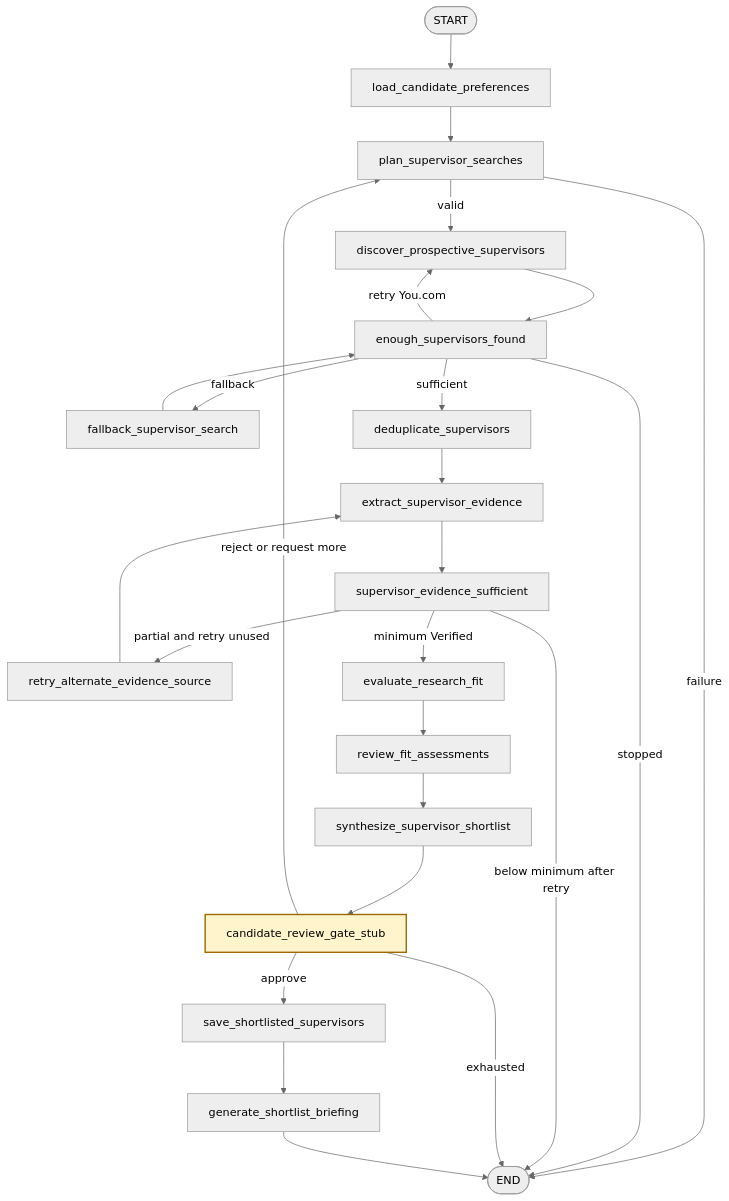
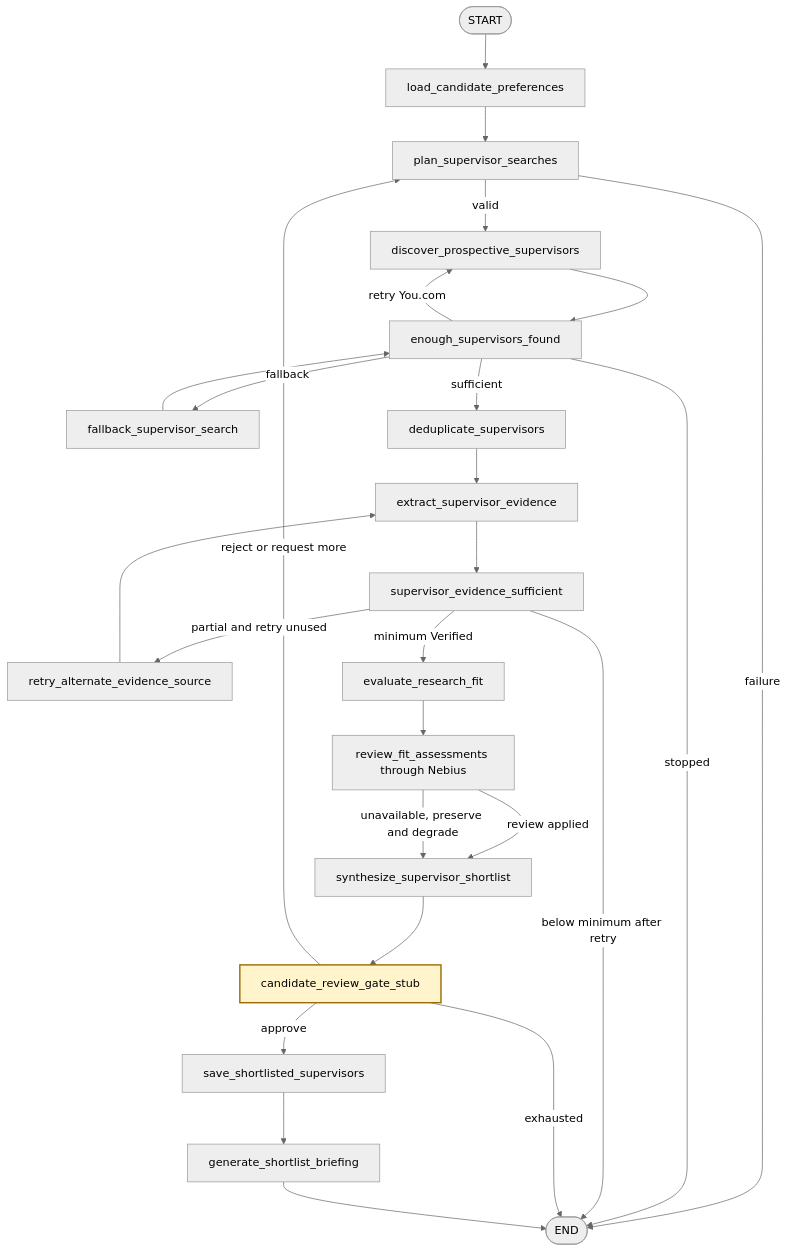
One commit to shanly-rajan/ai-builder changed diagram 12 of 16 in projects/scholar-path/docs/architecture.md. Above: the diagram before and after it, drawn with Mermaid (neutral theme). The commit also changed other lines of this file and 37 other files, not shown here.

Commit message:
feat: add Nebius independent Research Fit review

````diff
--- a/projects/scholar-path/docs/architecture.md
+++ b/projects/scholar-path/docs/architecture.md
@@ -383,30 +442,31 @@
 ```mermaid
 flowchart TD
     START([START]) --> Load[load_candidate_preferences]
     Load --> Plan[plan_supervisor_searches]
     Plan -->|valid| Discover[discover_prospective_supervisors]
     Plan -->|failure| END([END])
     Discover --> Found[enough_supervisors_found]
     Found -->|retry You.com| Discover
     Found -->|fallback| Fallback[fallback_supervisor_search]
     Fallback --> Found
     Found -->|sufficient| Dedupe[deduplicate_supervisors]
     Found -->|stopped| END
     Dedupe --> Extract[extract_supervisor_evidence]
     Extract --> Evidence[supervisor_evidence_sufficient]
     Evidence -->|partial and retry unused| Alternate[retry_alternate_evidence_source]
     Alternate --> Extract
     Evidence -->|minimum Verified| Evaluate[evaluate_research_fit]
     Evidence -->|below minimum after retry| END
-    Evaluate --> Review[review_fit_assessments]
-    Review --> Synthesize[synthesize_supervisor_shortlist]
+    Evaluate --> Review[review_fit_assessments through Nebius]
+    Review -->|review applied| Synthesize[synthesize_supervisor_shortlist]
+    Review -->|unavailable, preserve and degrade| Synthesize
     Synthesize --> Gate[candidate_review_gate_stub]
     Gate -->|approve| Save[save_shortlisted_supervisors]
     Gate -->|reject or request more| Plan
     Gate -->|exhausted| END
     Save --> Brief[generate_shortlist_briefing]
     Brief --> END
 
     classDef human fill:#fff4cc,stroke:#9a6b00,stroke-width:2px;
     class Gate human;
 ```
````
